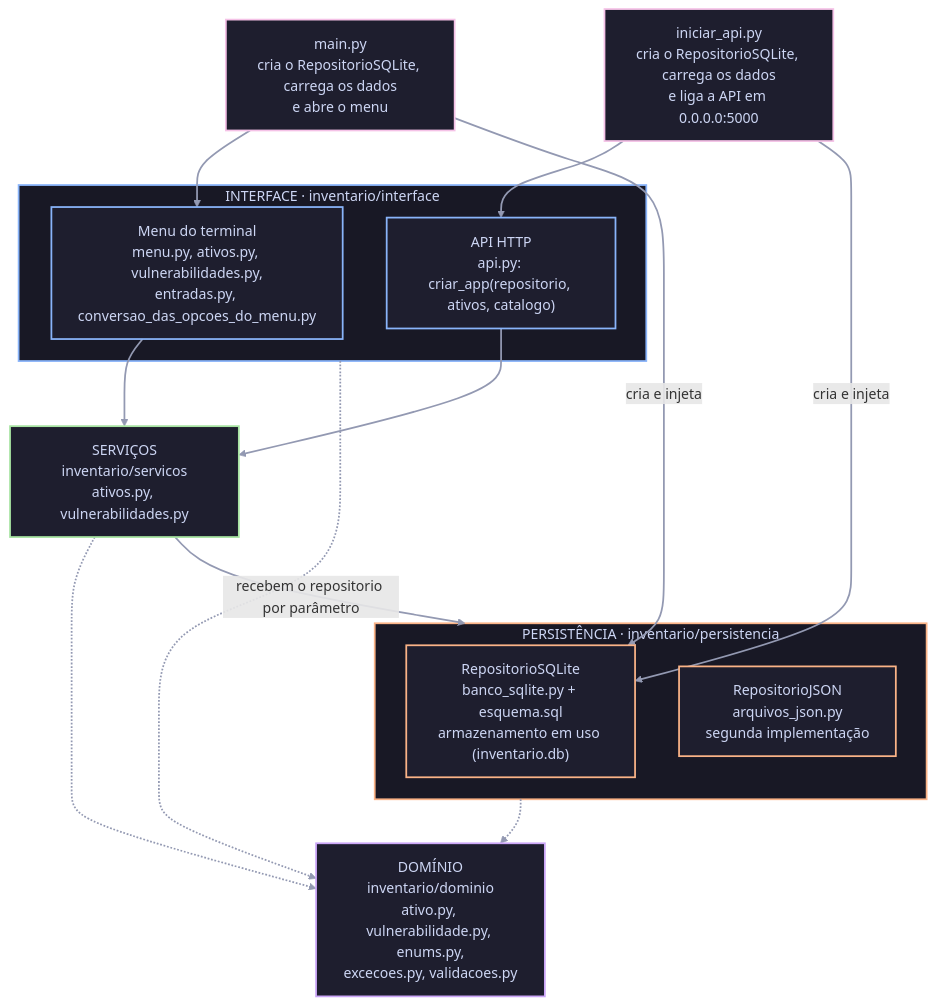
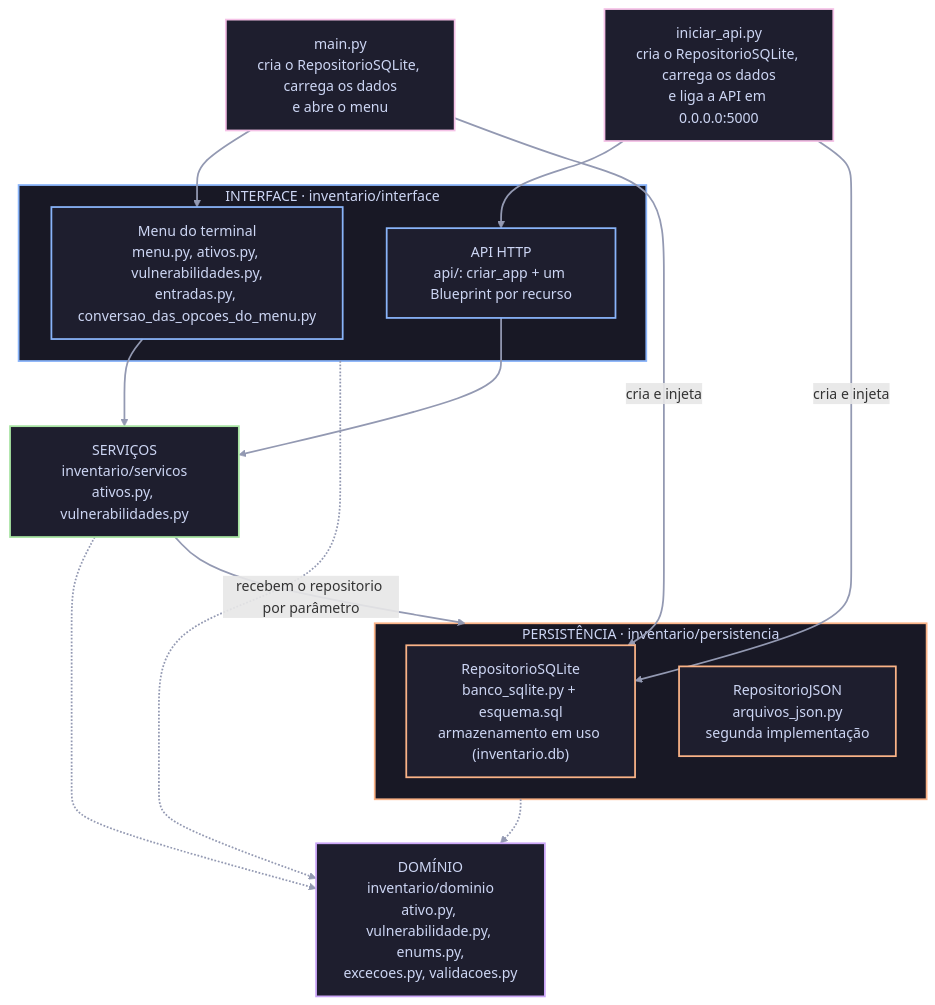
One commit to cadulugaresi/trab02_2026_2_12621cbs211 changed the diagram in docs/README.pt-br.md. Above: the diagram before and after it, drawn with Mermaid. The commit also changed other lines of this file and 3 other files, not shown here.

````diff
--- a/docs/README.pt-br.md
+++ b/docs/README.pt-br.md
@@ -93,42 +110,42 @@
 ```mermaid
 flowchart TD
     main["main.py<br/>cria o RepositorioSQLite, carrega os dados<br/>e abre o menu"]
     iniciarApi["iniciar_api.py<br/>cria o RepositorioSQLite, carrega os dados<br/>e liga a API em 0.0.0.0:5000"]
     subgraph interface["INTERFACE · inventario/interface"]
         menu["Menu do terminal<br/>menu.py, ativos.py, vulnerabilidades.py,<br/>entradas.py, conversao_das_opcoes_do_menu.py"]
-        api["API HTTP<br/>api.py: criar_app(repositorio, ativos, catalogo)"]
+        api["API HTTP<br/>api/: criar_app + um Blueprint por recurso"]
     end
     servicos["SERVIÇOS<br/>inventario/servicos<br/>ativos.py, vulnerabilidades.py"]
     subgraph persistencia["PERSISTÊNCIA · inventario/persistencia"]
         repositorioSQLite["RepositorioSQLite<br/>banco_sqlite.py + esquema.sql<br/>armazenamento em uso (inventario.db)"]
         repositorioJSON["RepositorioJSON<br/>arquivos_json.py<br/>segunda implementação"]
     end
     dominio["DOMÍNIO<br/>inventario/dominio<br/>ativo.py, vulnerabilidade.py, enums.py,<br/>excecoes.py, validacoes.py"]
 
     main --> menu
     main -->|cria e injeta| repositorioSQLite
     iniciarApi --> api
     iniciarApi -->|cria e injeta| repositorioSQLite
     menu --> servicos
     api --> servicos
     servicos -->|recebem o repositorio por parâmetro| persistencia
     interface -.-> dominio
     servicos -.-> dominio
     persistencia -.-> dominio
 
     classDef corMain fill:#1e1e2e,stroke:#f5c2e7,stroke-width:2px,color:#cdd6f4
     classDef corInterface fill:#1e1e2e,stroke:#89b4fa,stroke-width:2px,color:#cdd6f4
     classDef corServicos fill:#1e1e2e,stroke:#a6e3a1,stroke-width:2px,color:#cdd6f4
     classDef corPersistencia fill:#1e1e2e,stroke:#fab387,stroke-width:2px,color:#cdd6f4
     classDef corDominio fill:#1e1e2e,stroke:#cba6f7,stroke-width:2px,color:#cdd6f4
 
     class main,iniciarApi corMain
     class menu,api corInterface
     class servicos corServicos
     class repositorioSQLite,repositorioJSON corPersistencia
     class dominio corDominio
     style interface fill:#181825,stroke:#89b4fa,stroke-width:2px,color:#cdd6f4
     style persistencia fill:#181825,stroke:#fab387,stroke-width:2px,color:#cdd6f4
 
     linkStyle default stroke:#9399b2,stroke-width:2px
 ```
````
